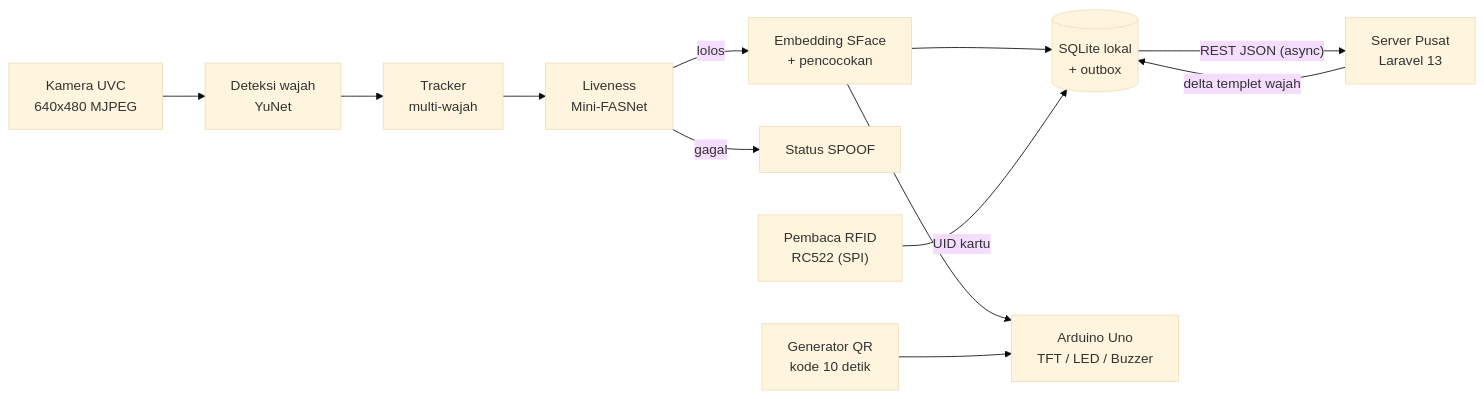
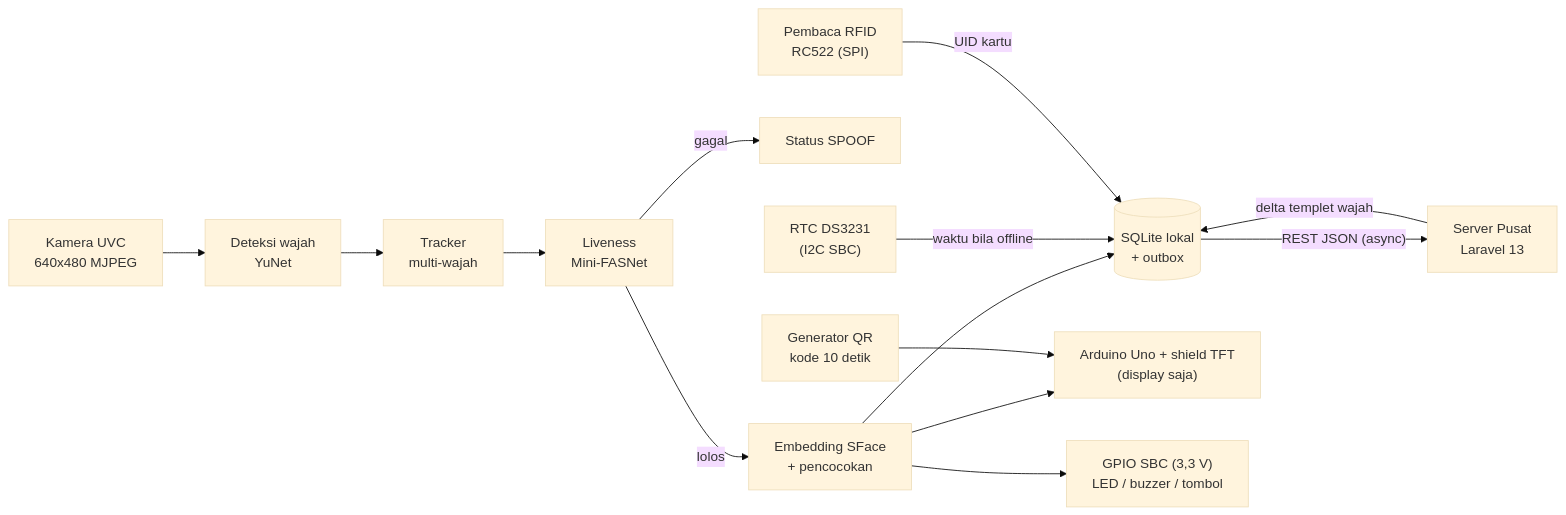
The first of 2 diagrams in PRD.md (Cihaimasuiro/absensi-cam), drawn with Mermaid (base theme) before and after one commit. The commit also changed other lines of this file, not shown here.

````diff
--- a/PRD.md
+++ b/PRD.md
@@ -82,14 +82,16 @@
 ```mermaid
 flowchart LR
     CAM["Kamera UVC<br/>640x480 MJPEG"] --> DET["Deteksi wajah<br/>YuNet"]
     DET --> TRK["Tracker<br/>multi-wajah"]
     TRK --> LIV["Liveness<br/>Mini-FASNet"]
     LIV -->|lolos| REC["Embedding SFace<br/>+ pencocokan"]
     LIV -->|gagal| FAIL["Status SPOOF"]
     REC --> DB[("SQLite lokal<br/>+ outbox")]
-    REC --> ARD["Arduino Uno<br/>TFT / LED / Buzzer"]
+    REC --> ARD["Arduino Uno + shield TFT<br/>(display saja)"]
+    REC --> GP["GPIO SBC (3,3 V)<br/>LED / buzzer / tombol"]
+    RTCM["RTC DS3231<br/>(I2C SBC)"] -->|"waktu bila offline"| DB
     RFID["Pembaca RFID<br/>RC522 (SPI)"] -->|"UID kartu"| DB
     QRG["Generator QR<br/>kode 10 detik"] --> ARD
     DB -->|"REST JSON (async)"| SRV["Server Pusat<br/>Laravel 13"]
     SRV -->|"delta templet wajah"| DB
 ```
````
